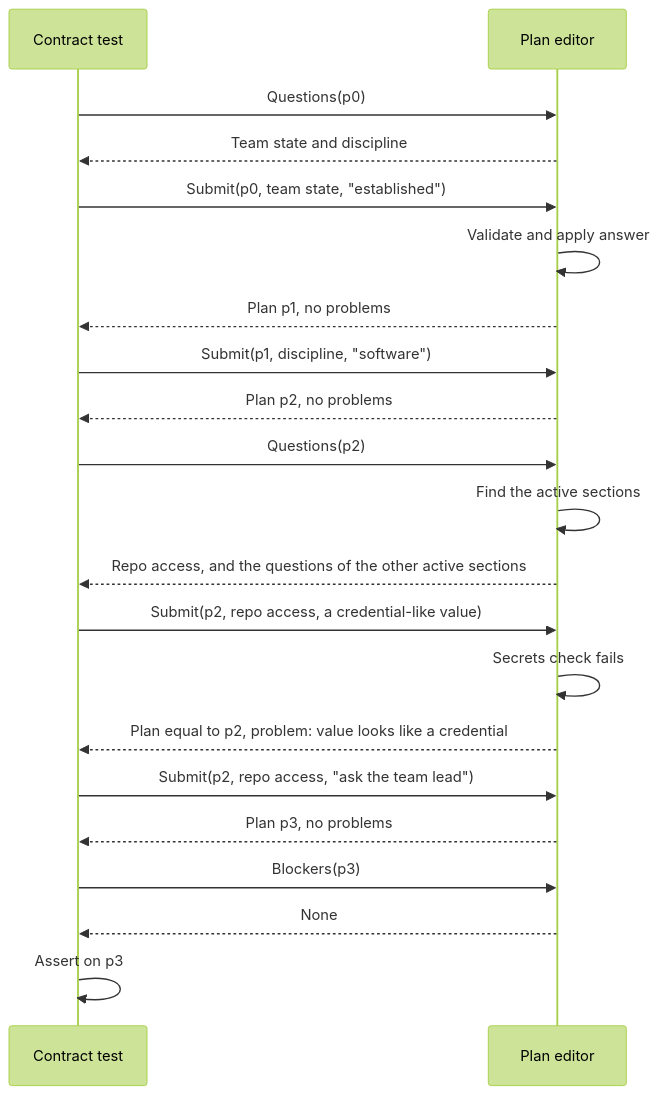
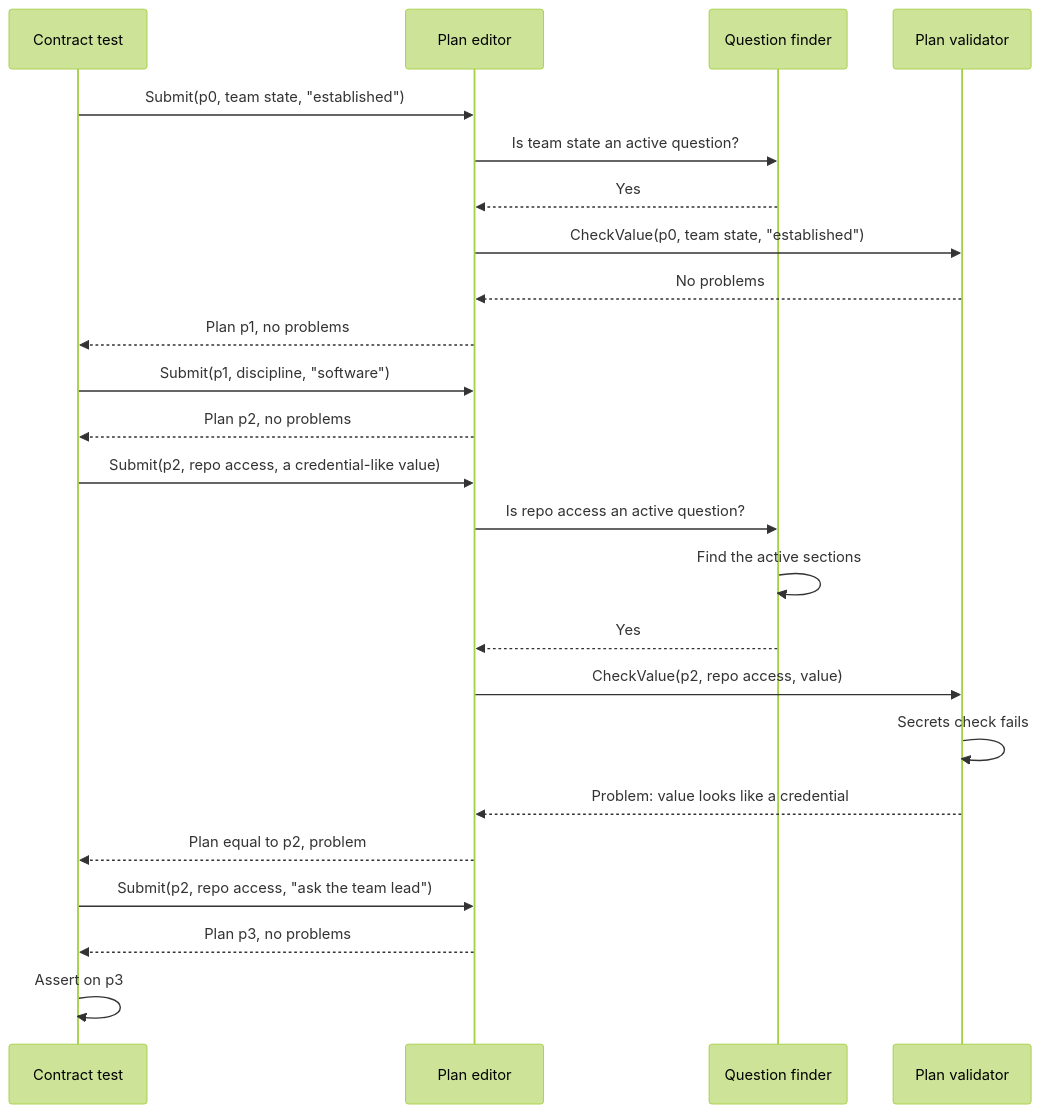
One commit to 8thlight-daveloper/onboard-kit changed the first of 4 diagrams in docs/decisions/0010-plan-editor.md. Above: the diagram before and after it, drawn with Mermaid (forest theme). The commit also changed other lines of this file and 10 other files, not shown here.

````diff
--- a/docs/decisions/0010-plan-editor.md
+++ b/docs/decisions/0010-plan-editor.md
@@ -157,28 +170,30 @@
 ```mermaid
 sequenceDiagram
     participant S as Contract test
     participant E as Plan editor
+    participant F as Question finder
+    participant V as Plan validator
 
-    S->>E: Questions(p0)
-    E-->>S: Team state and discipline
     S->>E: Submit(p0, team state, "established")
-    E->>E: Validate and apply answer
+    E->>F: Is team state an active question?
+    F-->>E: Yes
+    E->>V: CheckValue(p0, team state, "established")
+    V-->>E: No problems
     E-->>S: Plan p1, no problems
 
     S->>E: Submit(p1, discipline, "software")
     E-->>S: Plan p2, no problems
 
-    S->>E: Questions(p2)
-    E->>E: Find the active sections
-    E-->>S: Repo access, and the questions of the other active sections
     S->>E: Submit(p2, repo access, a credential-like value)
-    E->>E: Secrets check fails
-    E-->>S: Plan equal to p2, problem: value looks like a credential
+    E->>F: Is repo access an active question?
+    F->>F: Find the active sections
+    F-->>E: Yes
+    E->>V: CheckValue(p2, repo access, value)
+    V->>V: Secrets check fails
+    V-->>E: Problem: value looks like a credential
+    E-->>S: Plan equal to p2, problem
 
     S->>E: Submit(p2, repo access, "ask the team lead")
     E-->>S: Plan p3, no problems
-
-    S->>E: Blockers(p3)
-    E-->>S: None
     S->>S: Assert on p3
 ```
````
